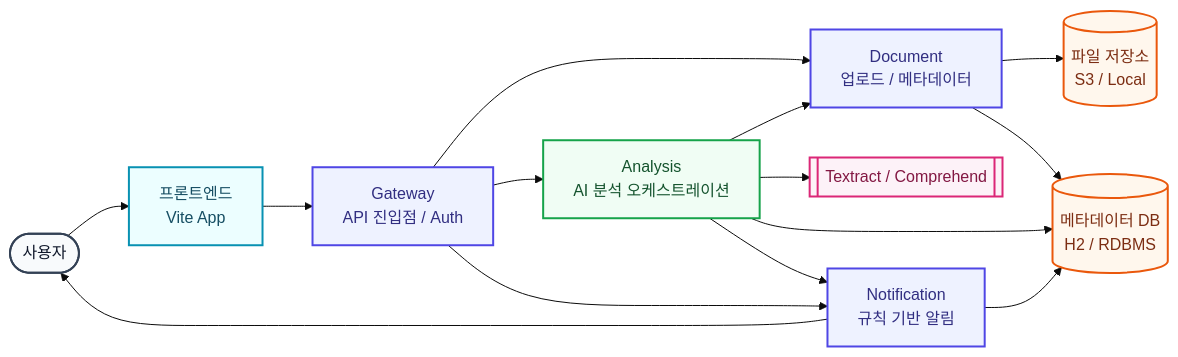
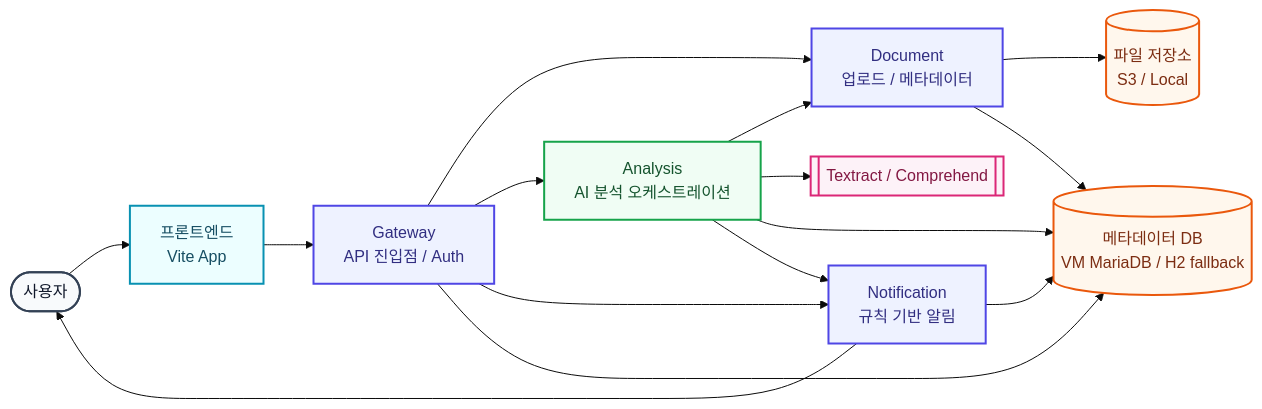
One commit to kookm131/SmartDoc_AI changed the first of 2 diagrams in README.md. Above: the diagram before and after it, drawn with Mermaid (base theme). The commit also changed other lines of this file and 12 other files, not shown here.

````diff
--- a/README.md
+++ b/README.md
@@ -6,33 +13,34 @@
 ```mermaid
 flowchart LR
     user([사용자]):::actor
     web[프론트엔드<br/>Vite App]:::client
     gateway[Gateway<br/>API 진입점 / Auth]:::service
     document[Document<br/>업로드 / 메타데이터]:::service
     analysis[Analysis<br/>AI 분석 오케스트레이션]:::ai
     notification[Notification<br/>규칙 기반 알림]:::service
     storage[(파일 저장소<br/>S3 / Local)]:::data
-    database[(메타데이터 DB<br/>H2 / RDBMS)]:::data
+    database[(메타데이터 DB<br/>VM MariaDB / H2 fallback)]:::data
     aws[[Textract / Comprehend]]:::external
 
     user --> web
     web --> gateway
     gateway --> document
     gateway --> analysis
     gateway --> notification
+    gateway --> database
     document --> storage
     document --> database
     analysis --> document
     analysis --> aws
     analysis --> database
     analysis --> notification
     notification --> database
     notification --> user
 
     classDef actor fill:#f8fafc,stroke:#334155,stroke-width:2px,color:#0f172a;
     classDef client fill:#ecfeff,stroke:#0891b2,stroke-width:2px,color:#164e63;
     classDef service fill:#eef2ff,stroke:#4f46e5,stroke-width:2px,color:#312e81;
     classDef ai fill:#f0fdf4,stroke:#16a34a,stroke-width:2px,color:#14532d;
     classDef data fill:#fff7ed,stroke:#ea580c,stroke-width:2px,color:#7c2d12;
     classDef external fill:#fdf2f8,stroke:#db2777,stroke-width:2px,color:#831843;
 ```
````
